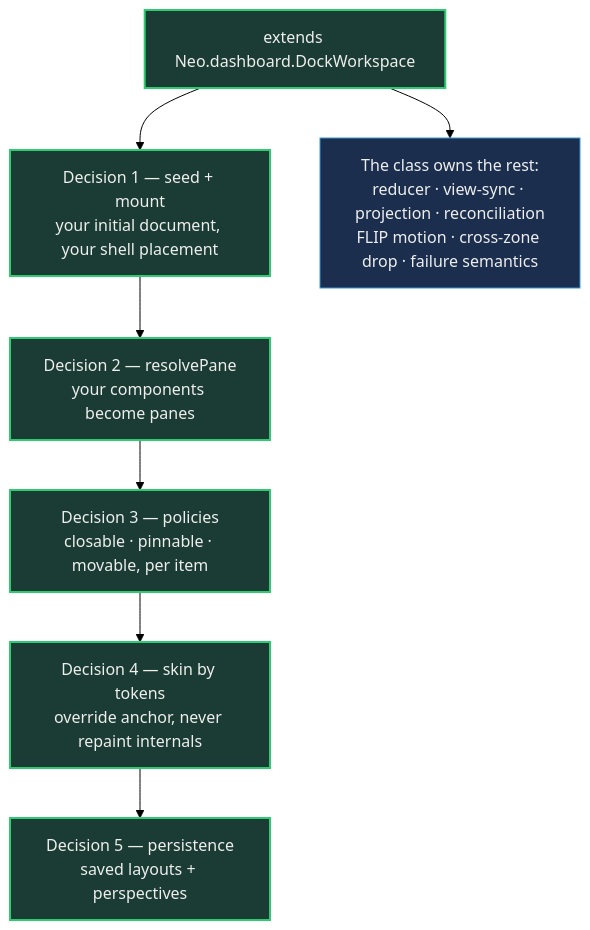
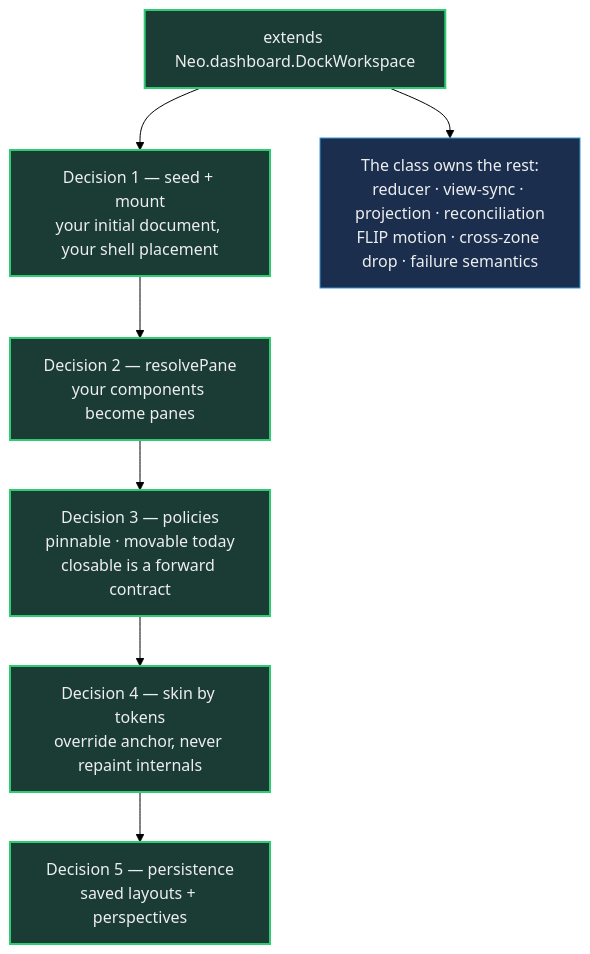
Before and after one commit to neomjs/neo: the diagram in learn/guides/uibuildingblocks/DockLayoutsAdoption.md, drawn with Mermaid (forest theme). The commit also changed other lines of this file and 1 other file, not shown here.

````diff
--- a/learn/guides/uibuildingblocks/DockLayoutsAdoption.md
+++ b/learn/guides/uibuildingblocks/DockLayoutsAdoption.md
@@ -22,17 +22,17 @@
 ```mermaid
 flowchart TD
     classDef yours fill:#1a3c34,stroke:#2ecc71,stroke-width:2px,color:#eee
     classDef engine fill:#1b2e4e,stroke:#3498db,stroke-width:1px,color:#eee
 
     Extend["extends Neo.dashboard.DockWorkspace"]:::yours
     Seed["Decision 1 — seed + mount<br/>your initial document, your shell placement"]:::yours
     Panes["Decision 2 — resolvePane<br/>your components become panes"]:::yours
-    Policy["Decision 3 — policies<br/>closable · pinnable · movable, per item"]:::yours
+    Policy["Decision 3 — policies<br/>pinnable · movable today<br/>closable is a forward contract"]:::yours
     Skin["Decision 4 — skin by tokens<br/>override anchor, never repaint internals"]:::yours
     Persist["Decision 5 — persistence<br/>saved layouts + perspectives"]:::yours
 
     EngineOwns["The class owns the rest:<br/>reducer · view-sync · projection · reconciliation<br/>FLIP motion · cross-zone drop · failure semantics"]:::engine
 
     Extend --> Seed --> Panes --> Policy --> Skin --> Persist
     Extend --> EngineOwns
 ```
````
